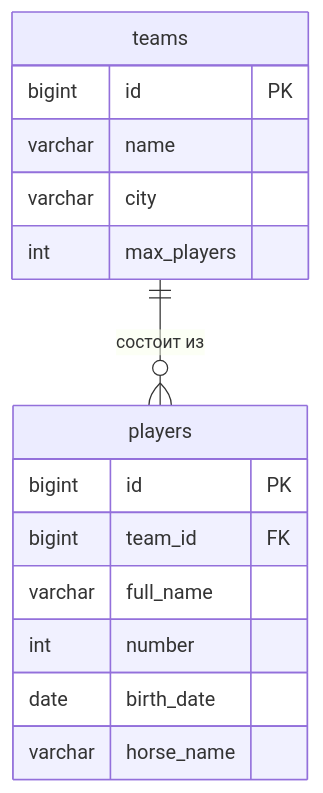
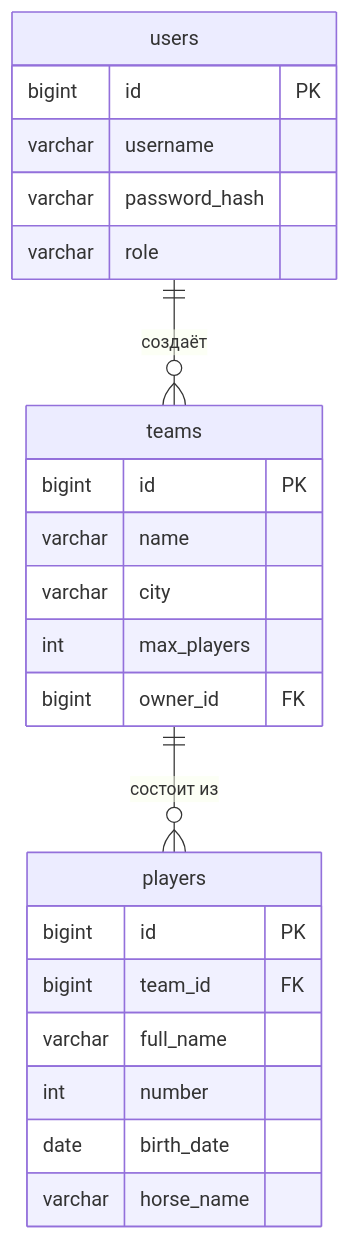
Before and after one commit to rhinci/backend_lupanova_league: the diagram in README.md, drawn with Mermaid. The commit also changed other lines of this file, not shown here.

````diff
--- a/README.md
+++ b/README.md
@@ -111,18 +129,26 @@
 ```mermaid
 erDiagram
+    users ||--o{ teams : "создаёт"
     teams ||--o{ players : "состоит из"
+    users {
+        bigint id PK
+        varchar username
+        varchar password_hash
+        varchar role
+    }
     teams {
         bigint id PK
         varchar name
         varchar city
         int max_players
+        bigint owner_id FK
     }
     players {
         bigint id PK
         bigint team_id FK
         varchar full_name
         int number
         date birth_date
         varchar horse_name
     }
 ```
````
